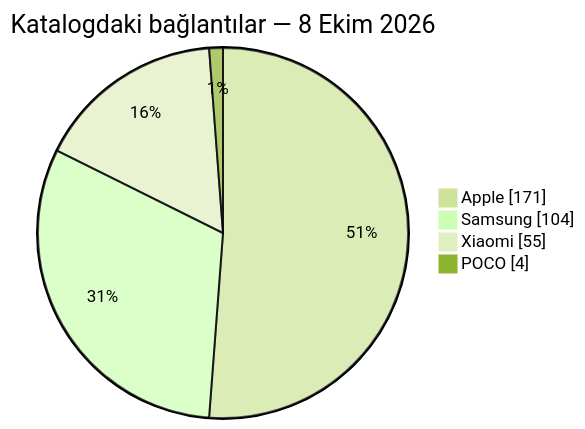
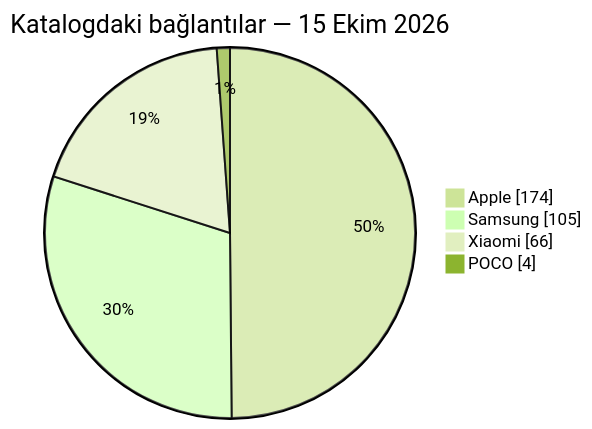
The second of 2 diagrams in README.md (Emir-Ars/Urun-indirim-takip), drawn with Mermaid (forest theme) before and after one commit. The commit also changed other lines of this file and 3 other files, not shown here.

````diff
--- a/README.md
+++ b/README.md
@@ -104,8 +110,8 @@
 ```mermaid
 pie showData
-    title Katalogdaki bağlantılar — 8 Ekim 2026
-    "Apple" : 171
-    "Samsung" : 104
-    "Xiaomi" : 55
+    title Katalogdaki bağlantılar — 15 Ekim 2026
+    "Apple" : 174
+    "Samsung" : 105
+    "Xiaomi" : 66
     "POCO" : 4
 ```
````
